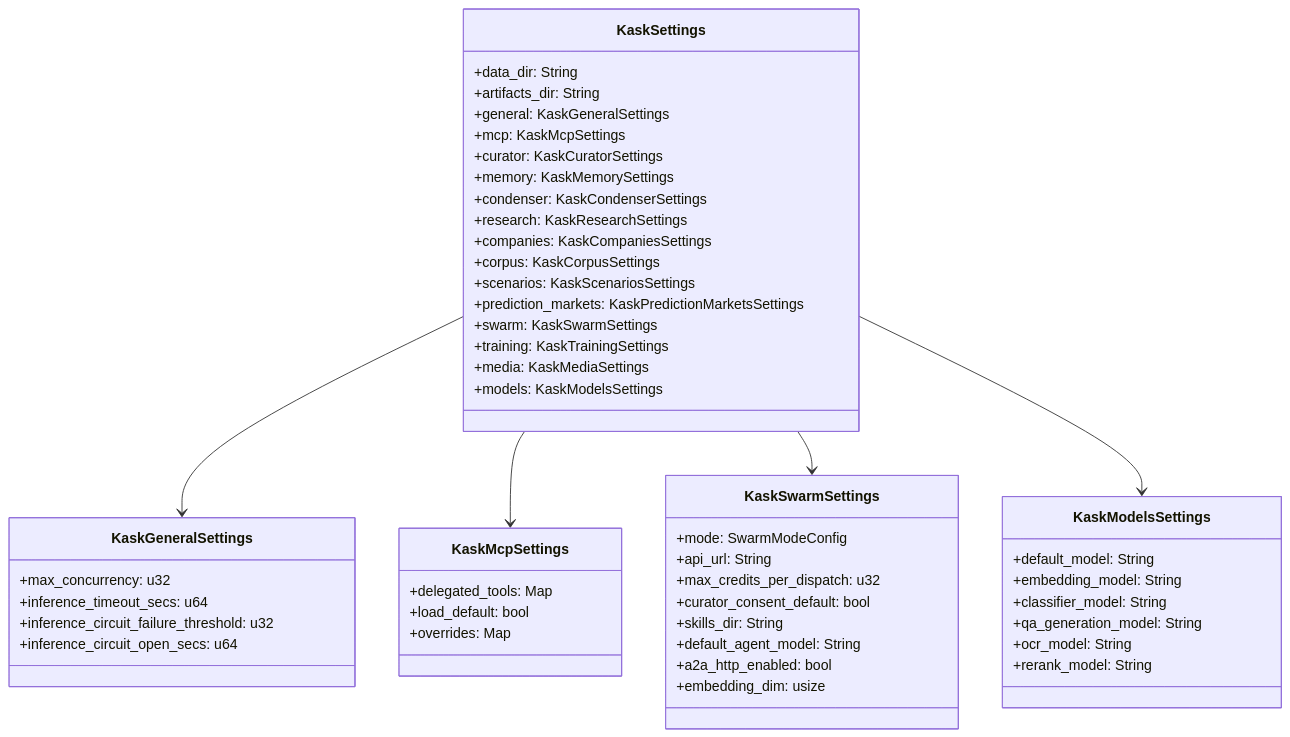
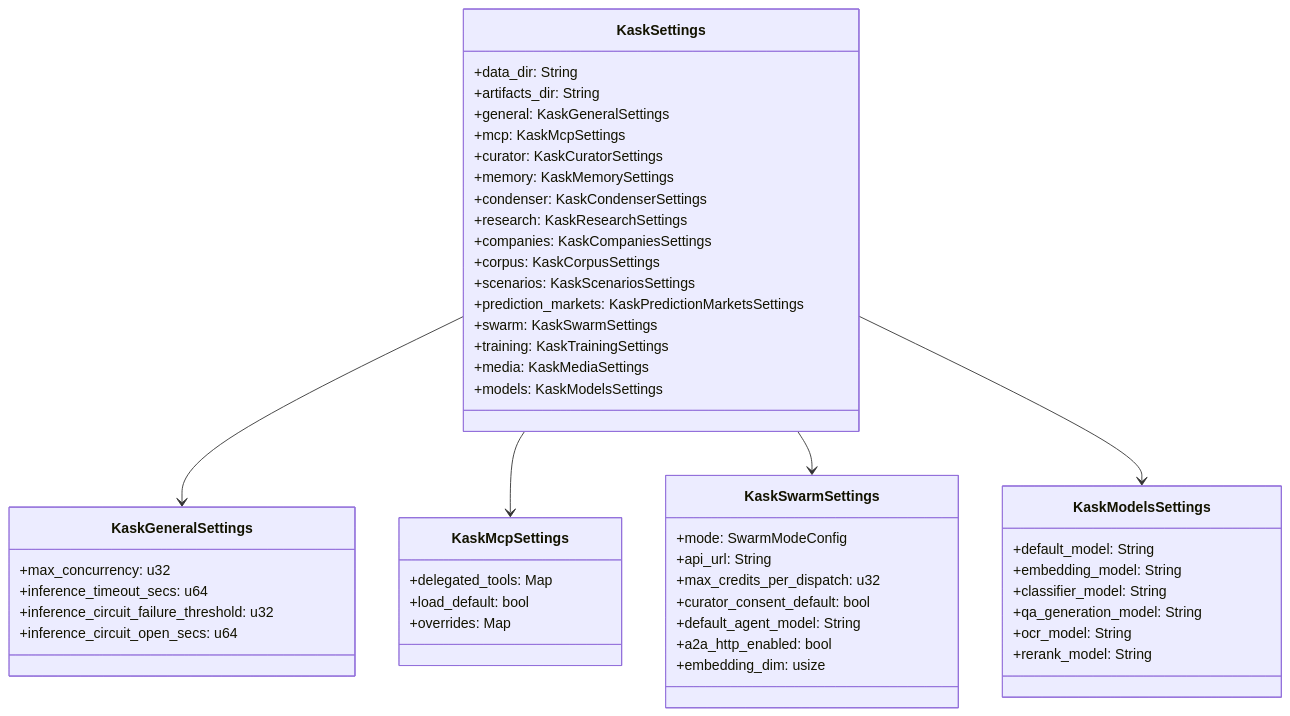
Before and after one commit to mdz-axo/zed-kask: the first of 2 diagrams in kask/docs/diataxis/kask_bridge/reference.md, drawn with Mermaid. The commit also changed other lines of this file and 23 other files, not shown here.

````diff
--- a/kask/docs/diataxis/kask_bridge/reference.md
+++ b/kask/docs/diataxis/kask_bridge/reference.md
@@ -42,54 +42,53 @@
 ```mermaid
 classDiagram
     class KaskSettings {
         +data_dir: String
         +artifacts_dir: String
         +general: KaskGeneralSettings
         +mcp: KaskMcpSettings
         +curator: KaskCuratorSettings
         +memory: KaskMemorySettings
         +condenser: KaskCondenserSettings
         +research: KaskResearchSettings
         +companies: KaskCompaniesSettings
         +corpus: KaskCorpusSettings
         +scenarios: KaskScenariosSettings
         +prediction_markets: KaskPredictionMarketsSettings
         +swarm: KaskSwarmSettings
         +training: KaskTrainingSettings
         +media: KaskMediaSettings
         +models: KaskModelsSettings
     }
     class KaskGeneralSettings {
         +max_concurrency: u32
         +inference_timeout_secs: u64
         +inference_circuit_failure_threshold: u32
         +inference_circuit_open_secs: u64
     }
     class KaskMcpSettings {
         +delegated_tools: Map
         +load_default: bool
         +overrides: Map
     }
     class KaskSwarmSettings {
         +mode: SwarmModeConfig
         +api_url: String
         +max_credits_per_dispatch: u32
         +curator_consent_default: bool
-        +skills_dir: String
         +default_agent_model: String
         +a2a_http_enabled: bool
         +embedding_dim: usize
     }
     class KaskModelsSettings {
         +default_model: String
         +embedding_model: String
         +classifier_model: String
         +qa_generation_model: String
         +ocr_model: String
         +rerank_model: String
     }
     KaskSettings --> KaskGeneralSettings
     KaskSettings --> KaskMcpSettings
     KaskSettings --> KaskSwarmSettings
     KaskSettings --> KaskModelsSettings
 ```
````
